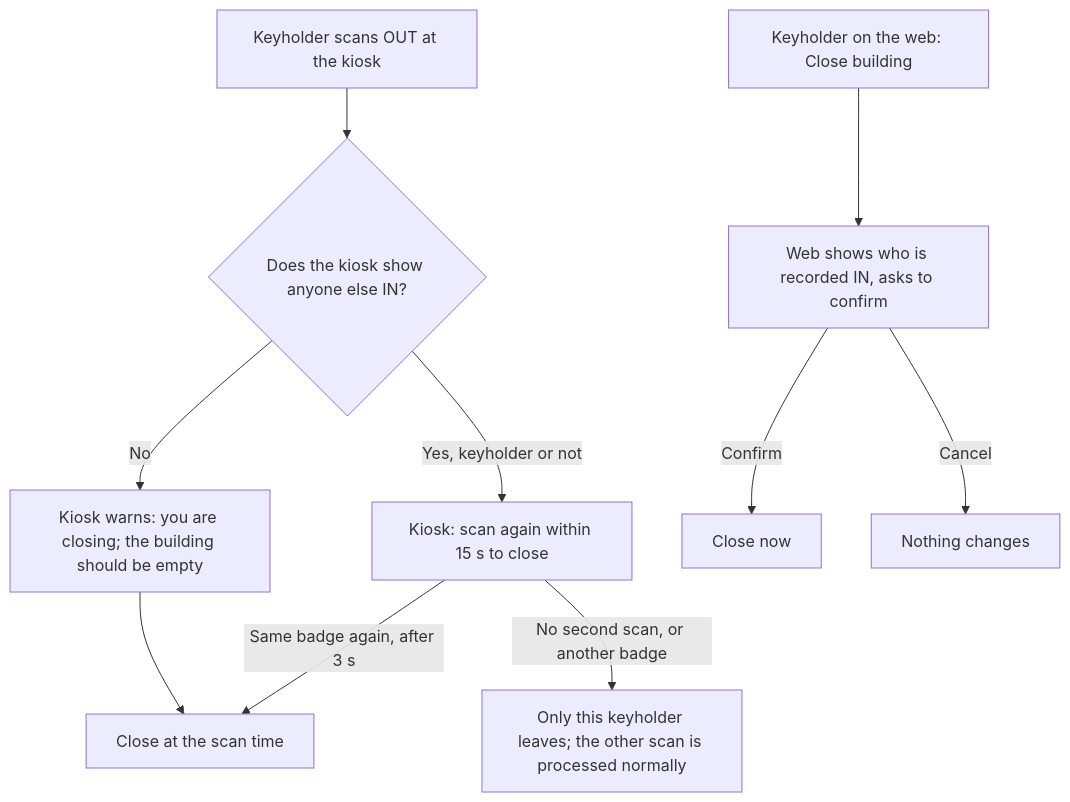
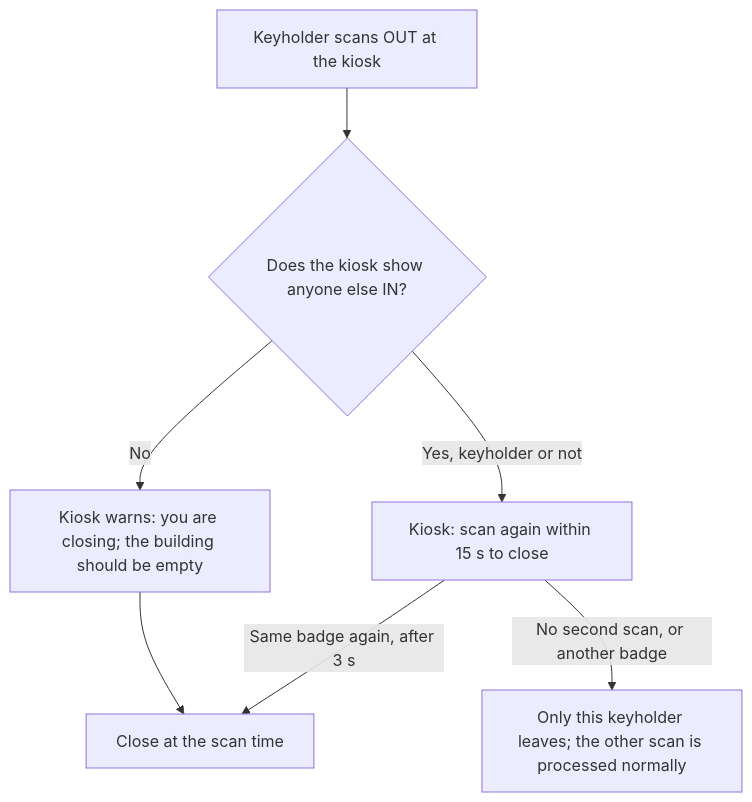
The second of 2 diagrams in docs/ops/checkin-state-machine.md (innovationtreehouse/apps.checkin), drawn with Mermaid before and after one commit. The commit also changed other lines of this file and 51 other files, not shown here.

````diff
--- a/docs/ops/checkin-state-machine.md
+++ b/docs/ops/checkin-state-machine.md
@@ -67,11 +67,8 @@
 ```mermaid
 flowchart TD
     A[Keyholder scans OUT at the kiosk] --> B{Does the kiosk show anyone else IN?}
     B -- No --> N[Kiosk warns: you are closing; the building should be empty] --> C[Close at the scan time]
     B -- Yes, keyholder or not --> D[Kiosk: scan again within 15 s to close]
     D -- Same badge again, after 3 s --> C
     D -- No second scan, or another badge --> E[Only this keyholder leaves; the other scan is processed normally]
-    W[Keyholder on the web: Close building] --> F[Web shows who is recorded IN, asks to confirm]
-    F -- Confirm --> G[Close now]
-    F -- Cancel --> H[Nothing changes]
 ```
````
